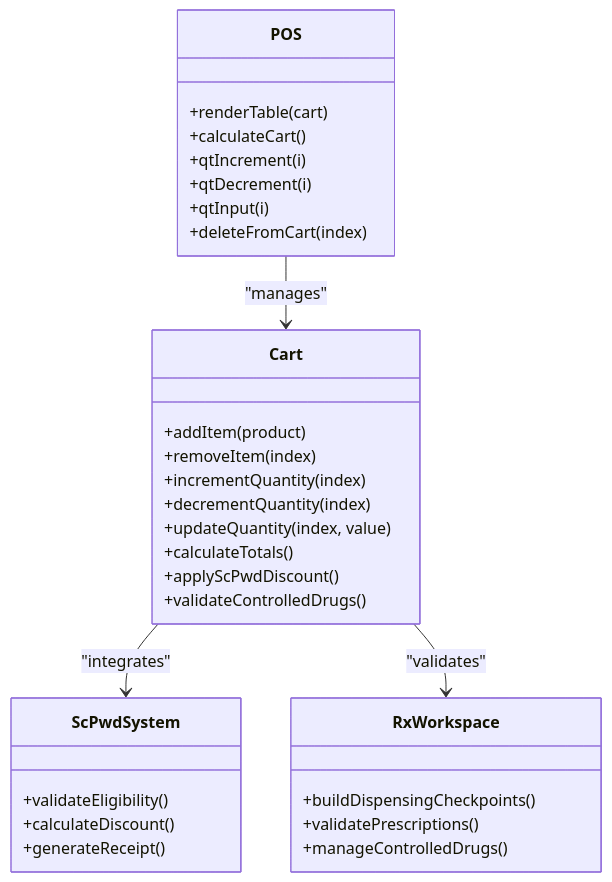
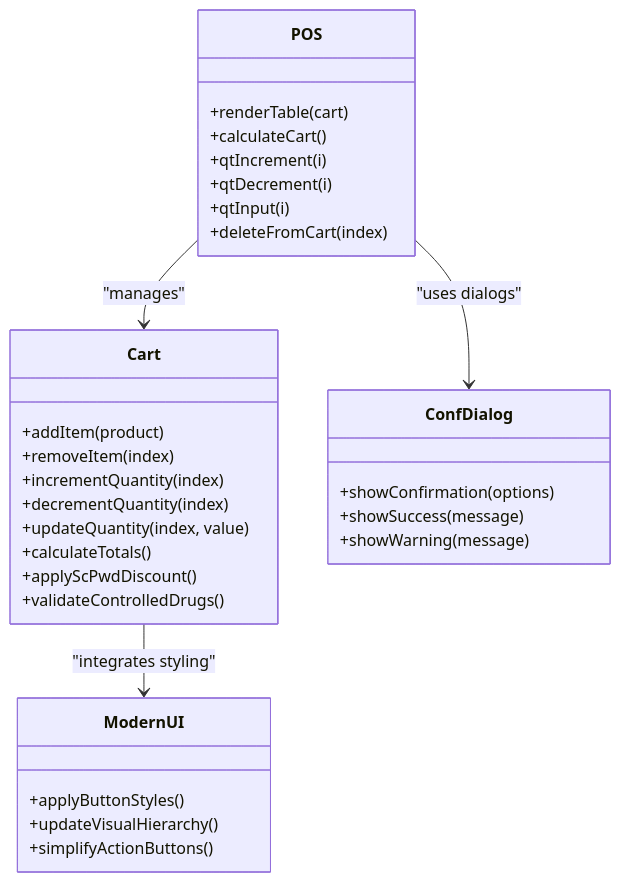
Before and after one commit to yosefdc7/PharmaPOS: the fourth of 8 diagrams in .qoder/repowiki/en/content/Frontend Interface/Point-of-Sale Interface.md, drawn with Mermaid. The commit also changed other lines of this file and 103 other files, not shown here.

````diff
--- a/.qoder/repowiki/en/content/Frontend Interface/Point-of-Sale Interface.md
+++ b/.qoder/repowiki/en/content/Frontend Interface/Point-of-Sale Interface.md
@@ -193,34 +206,34 @@
 ```mermaid
 classDiagram
 class Cart {
 +addItem(product)
 +removeItem(index)
 +incrementQuantity(index)
 +decrementQuantity(index)
 +updateQuantity(index, value)
 +calculateTotals()
 +applyScPwdDiscount()
 +validateControlledDrugs()
 }
 class POS {
 +renderTable(cart)
 +calculateCart()
 +qtIncrement(i)
 +qtDecrement(i)
 +qtInput(i)
 +deleteFromCart(index)
 }
-class ScPwdSystem {
-+validateEligibility()
-+calculateDiscount()
-+generateReceipt()
+class ModernUI {
++applyButtonStyles()
++updateVisualHierarchy()
++simplifyActionButtons()
 }
-class RxWorkspace {
-+buildDispensingCheckpoints()
-+validatePrescriptions()
-+manageControlledDrugs()
+class ConfDialog {
++showConfirmation(options)
++showSuccess(message)
++showWarning(message)
 }
 POS --> Cart : "manages"
-Cart --> ScPwdSystem : "integrates"
-Cart --> RxWorkspace : "validates"
+Cart --> ModernUI : "integrates styling"
+POS --> ConfDialog : "uses dialogs"
 ```
````
